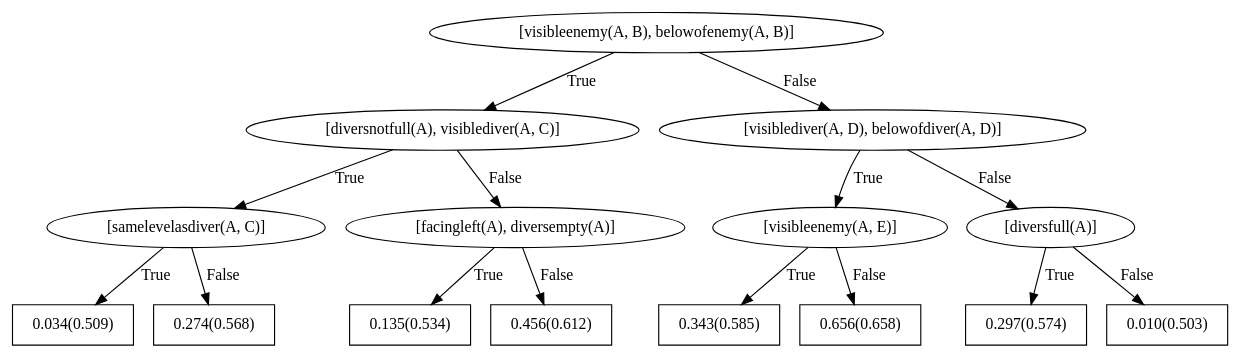
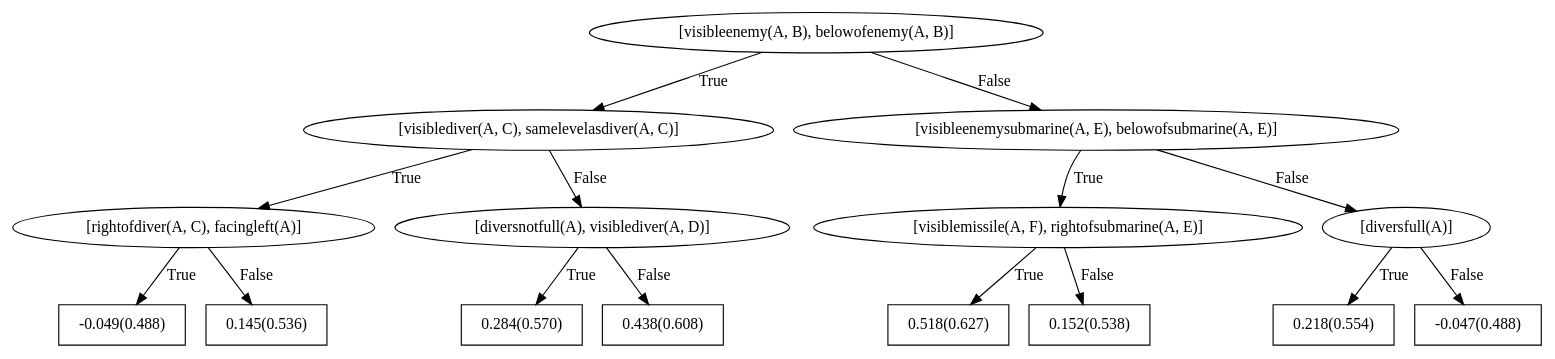
The diagram in rdn_models/seaquest/weighted_1object_negpos_2_trees_1_depth_2/up/bRDNs/dotFiles/WILLTreeFor_up0.dot (nikhileshp/NeSY-Imitation-Learning), drawn with Graphviz before and after one commit. The commit also changed 481 other files, not shown here.

```diff
--- a/rdn_models/seaquest/weighted_1object_negpos_2_trees_1_depth_2/up/bRDNs/dotFiles/WILLTreeFor_up0.dot
+++ b/rdn_models/seaquest/weighted_1object_negpos_2_trees_1_depth_2/up/bRDNs/dotFiles/WILLTreeFor_up0.dot
@@ -1,31 +1,31 @@
 digraph G{ 
 1[label = "[visibleenemy(A, B), belowofenemy(A, B)]"];
 1 -> 2[label="True"];
 1 -> 3[label="False"];
-2[label = "[diversnotfull(A), visiblediver(A, C)]"];
+2[label = "[visiblediver(A, C), samelevelasdiver(A, C)]"];
 2 -> 4[label="True"];
 2 -> 5[label="False"];
-4[label = "[samelevelasdiver(A, C)]"];
+4[label = "[rightofdiver(A, C), facingleft(A)]"];
 4 -> 6[label="True"];
 4 -> 7[label="False"];
-6[shape = box,label = "0.034(0.509)"];
-7[shape = box,label = "0.274(0.568)"];
-5[label = "[facingleft(A), diversempty(A)]"];
+6[shape = box,label = "-0.049(0.488)"];
+7[shape = box,label = "0.145(0.536)"];
+5[label = "[diversnotfull(A), visiblediver(A, D)]"];
 5 -> 8[label="True"];
 5 -> 9[label="False"];
-8[shape = box,label = "0.135(0.534)"];
-9[shape = box,label = "0.456(0.612)"];
-3[label = "[visiblediver(A, D), belowofdiver(A, D)]"];
+8[shape = box,label = "0.284(0.570)"];
+9[shape = box,label = "0.438(0.608)"];
+3[label = "[visibleenemysubmarine(A, E), belowofsubmarine(A, E)]"];
 3 -> 10[label="True"];
 3 -> 11[label="False"];
-10[label = "[visibleenemy(A, E)]"];
+10[label = "[visiblemissile(A, F), rightofsubmarine(A, E)]"];
 10 -> 12[label="True"];
 10 -> 13[label="False"];
-12[shape = box,label = "0.343(0.585)"];
-13[shape = box,label = "0.656(0.658)"];
+12[shape = box,label = "0.518(0.627)"];
+13[shape = box,label = "0.152(0.538)"];
 11[label = "[diversfull(A)]"];
 11 -> 14[label="True"];
 11 -> 15[label="False"];
-14[shape = box,label = "0.297(0.574)"];
-15[shape = box,label = "0.010(0.503)"];
+14[shape = box,label = "0.218(0.554)"];
+15[shape = box,label = "-0.047(0.488)"];
 }
```
